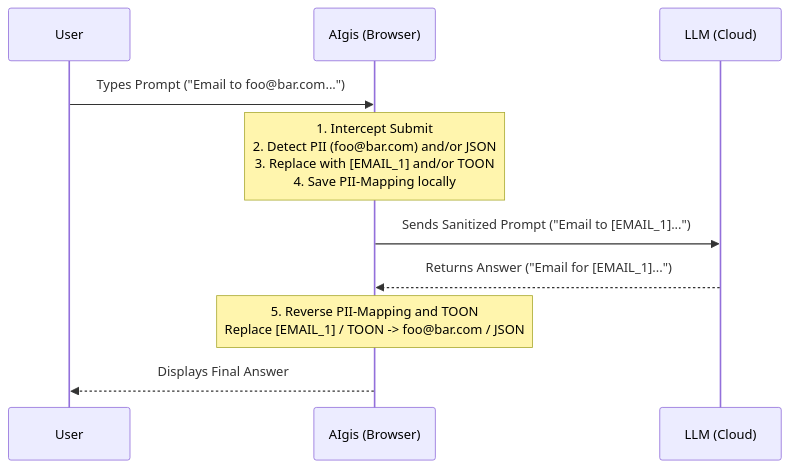
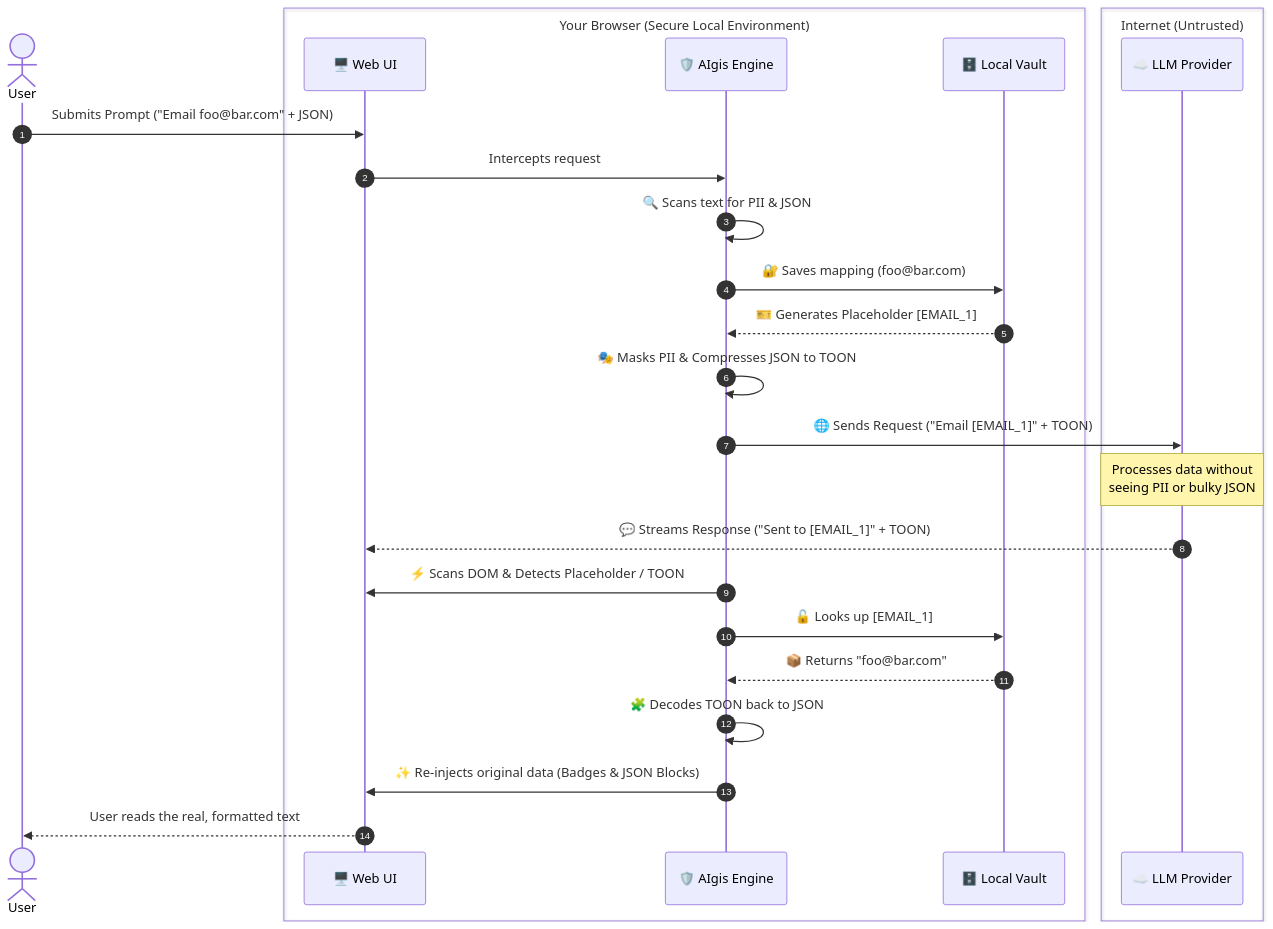
One commit to Karaatin/AIgis changed the diagram in README.md. Above: the diagram before and after it, drawn with Mermaid. The commit also changed other lines of this file and 3 other files, not shown here.

Commit message:
docs: update README/PRIVACY with storage architecture and enhanced sequence diagrams; improved paddings in github-pages

````diff
--- a/README.md
+++ b/README.md
@@ -77,13 +84,37 @@
 ```mermaid
 sequenceDiagram
-    participant User
-    participant AIgis (Browser)
-    participant LLM (Cloud)
+    autonumber
+    actor U as User
+    
+    box Your Browser (Secure Local Environment)
+        participant UI as 🖥️ Web UI
+        participant A as 🛡️ AIgis Engine
+        participant V as 🗄️ Local Vault
+    end
+    
+    box Internet (Untrusted)
+        participant L as ☁️ LLM Provider
+    end
 
-    User->>AIgis (Browser): Types Prompt ("Email to foo@bar.com...")
-    Note over AIgis (Browser): 1. Intercept Submit<br/>2. Detect PII (foo@bar.com) and/or JSON<br/>3. Replace with [EMAIL_1] and/or TOON<br/>4. Save PII-Mapping locally
-    AIgis (Browser)->>LLM (Cloud): Sends Sanitized Prompt ("Email to [EMAIL_1]...")
-    LLM (Cloud)-->>AIgis (Browser): Returns Answer ("Email for [EMAIL_1]...")
-    Note over AIgis (Browser): 5. Reverse PII-Mapping and TOON <br/>Replace [EMAIL_1] / TOON -> foo@bar.com / JSON
-    AIgis (Browser)-->>User: Displays Final Answer
+    U->>UI: Submits Prompt ("Email foo@bar.com" + JSON)
+    UI->>A: Intercepts request
+    
+    A->>A: 🔍 Scans text for PII & JSON
+    A->>V: 🔐 Saves mapping (foo@bar.com)
+    V-->>A: 🎫 Generates Placeholder [EMAIL_1]
+    
+    A->>A: 🎭 Masks PII & Compresses JSON to TOON
+    
+    A->>L: 🌐 Sends Request ("Email [EMAIL_1]" + TOON)
+    Note over L: Processes data without<br/>seeing PII or bulky JSON
+    
+    L-->>UI: 💬 Streams Response ("Sent to [EMAIL_1]" + TOON)
+    
+    A->>UI: ⚡ Scans DOM & Detects Placeholder / TOON
+    A->>V: 🔓 Looks up [EMAIL_1]
+    V-->>A: 📦 Returns "foo@bar.com"
+    A->>A: 🧩 Decodes TOON back to JSON
+    
+    A->>UI: ✨ Re-injects original data (Badges & JSON Blocks)
+    UI-->>U: User reads the real, formatted text
 ```
````
